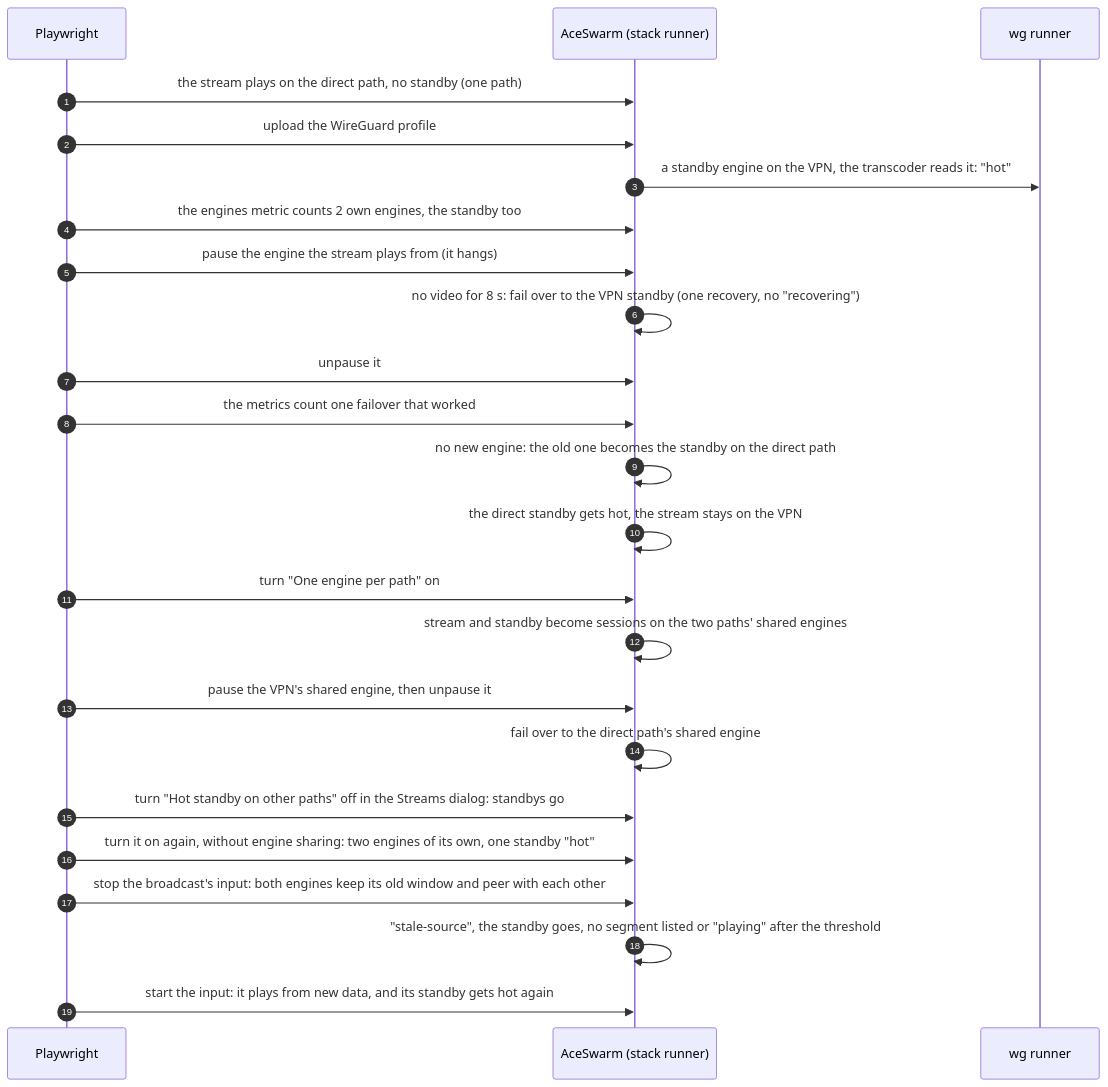
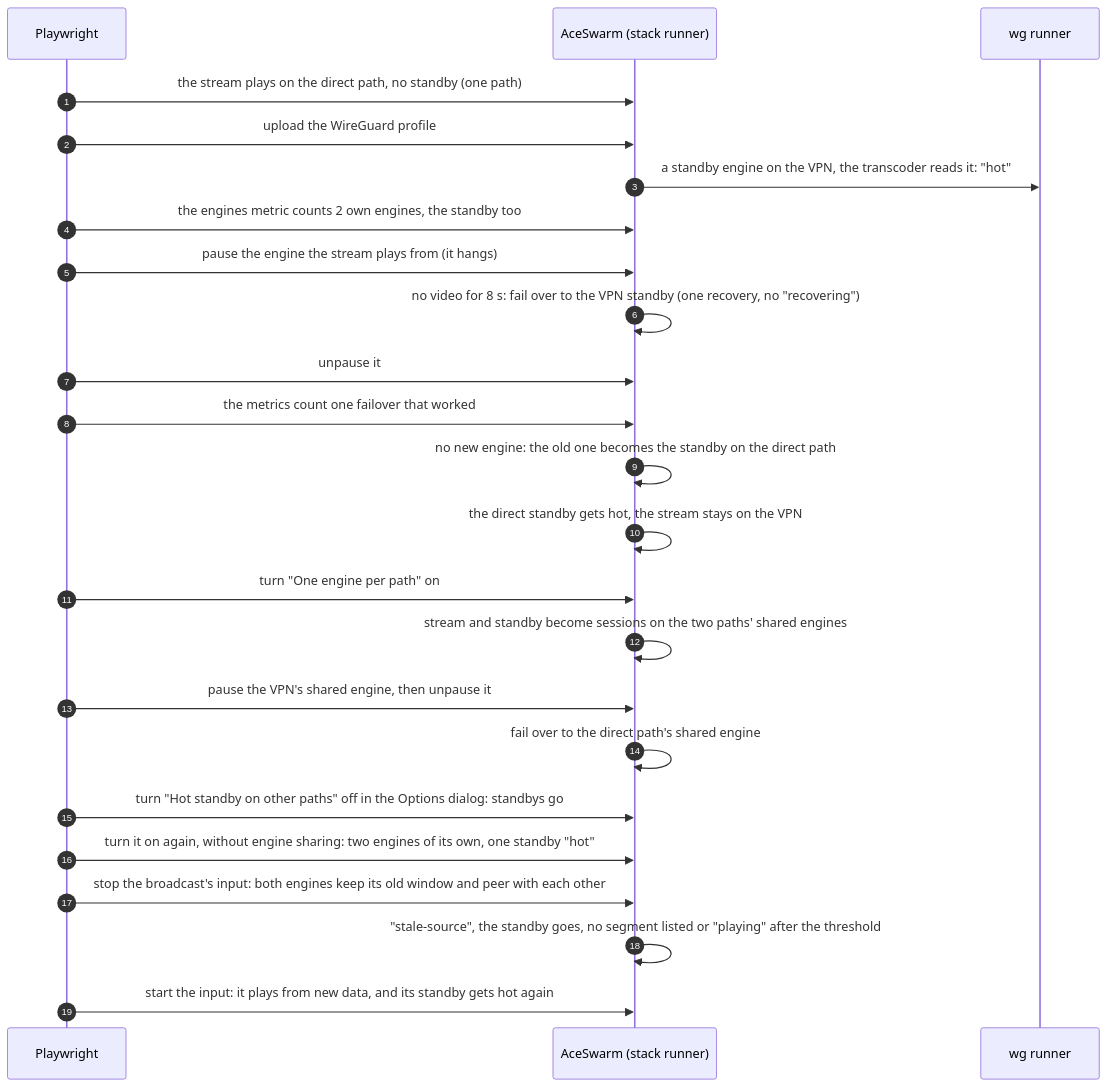
One commit to sergimn/AceSwarm changed diagram 13 of 14 in e2e/README.md. Above: the diagram before and after it, drawn with Mermaid. The commit also changed other lines of this file and 9 other files, not shown here.

First line of the commit message:
Move the tile previews, engine sharing and hot standby settings to Options at the bottom of the rail

````diff
--- a/e2e/README.md
+++ b/e2e/README.md
@@ -357,26 +357,26 @@
 ```mermaid
 sequenceDiagram
   autonumber
   participant T as Playwright
   participant AS as AceSwarm (stack runner)
   participant WG as wg runner
   T->>AS: the stream plays on the direct path, no standby (one path)
   T->>AS: upload the WireGuard profile
   AS->>WG: a standby engine on the VPN, the transcoder reads it: "hot"
   T->>AS: the engines metric counts 2 own engines, the standby too
   T->>AS: pause the engine the stream plays from (it hangs)
   AS->>AS: no video for 8 s: fail over to the VPN standby (one recovery, no "recovering")
   T->>AS: unpause it
   T->>AS: the metrics count one failover that worked
   AS->>AS: no new engine: the old one becomes the standby on the direct path
   AS->>AS: the direct standby gets hot, the stream stays on the VPN
   T->>AS: turn "One engine per path" on
   AS->>AS: stream and standby become sessions on the two paths' shared engines
   T->>AS: pause the VPN's shared engine, then unpause it
   AS->>AS: fail over to the direct path's shared engine
-  T->>AS: turn "Hot standby on other paths" off in the Streams dialog: standbys go
+  T->>AS: turn "Hot standby on other paths" off in the Options dialog: standbys go
   T->>AS: turn it on again, without engine sharing: two engines of its own, one standby "hot"
   T->>AS: stop the broadcast's input: both engines keep its old window and peer with each other
   AS->>AS: "stale-source", the standby goes, no segment listed or "playing" after the threshold
   T->>AS: start the input: it plays from new data, and its standby gets hot again
 ```
````
